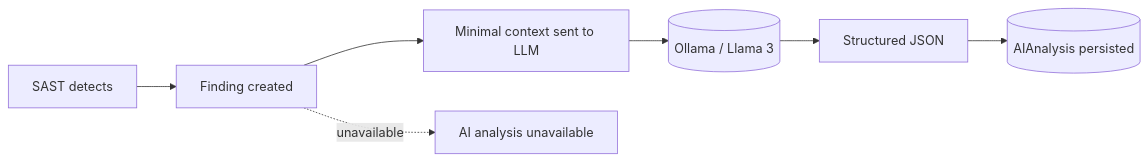
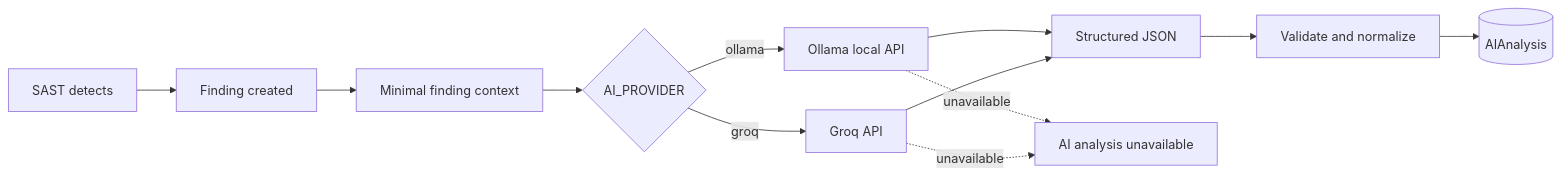
Before and after one commit to LorenzzoDiass/SASTGuard: the first of 2 diagrams in docs/AI_MODULE.md, drawn with Mermaid. The commit also changed other lines of this file, not shown here.

````diff
--- a/docs/AI_MODULE.md
+++ b/docs/AI_MODULE.md
@@ -7,9 +10,14 @@
 ```mermaid
 flowchart LR
     det[SAST detects] --> f[Finding created]
-    f --> ctx[Minimal context sent to LLM]
-    ctx --> ollama[(Ollama / Llama 3)]
-    ollama --> json[Structured JSON]
-    json --> store[(AIAnalysis persisted)]
-    f -. unavailable .-> fallback["AI analysis unavailable"]
+    f --> ctx[Minimal finding context]
+    ctx --> provider{AI_PROVIDER}
+    provider -->|ollama| local[Ollama local API]
+    provider -->|groq| remote[Groq API]
+    local --> json[Structured JSON]
+    remote --> json
+    json --> validate[Validate and normalize]
+    validate --> store[(AIAnalysis)]
+    local -. unavailable .-> fallback[AI analysis unavailable]
+    remote -. unavailable .-> fallback
 ```
````
